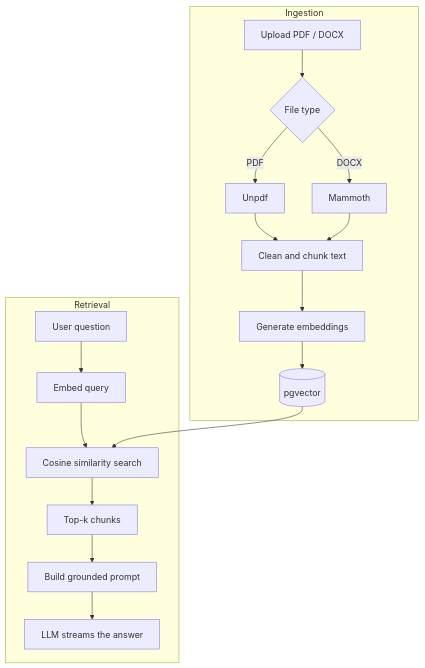
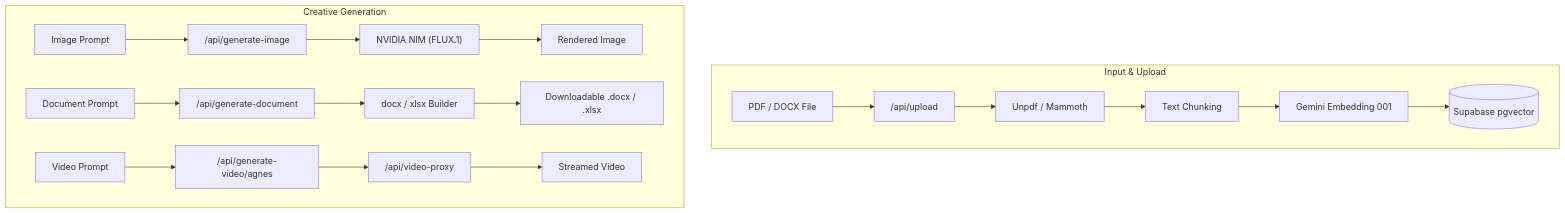
The second of 2 diagrams in README.md (Gbrnd-ux/chat-app), drawn with Mermaid before and after one commit. The commit also changed other lines of this file, not shown here.

````diff
--- a/README.md
+++ b/README.md
@@ -140,20 +152,24 @@
 ```mermaid
-flowchart TB
-  subgraph Ingestion
-    A["Upload PDF / DOCX"] --> B{"File type"}
-    B -->|"PDF"| C["Unpdf"]
-    B -->|"DOCX"| D["Mammoth"]
-    C --> E["Clean and chunk text"]
-    D --> E
-    E --> F["Generate embeddings"]
-    F --> G[("pgvector")]
+flowchart TD
+  subgraph Input & Upload
+    F["PDF / DOCX File"] --> UP["/api/upload"]
+    UP --> P1["Unpdf / Mammoth"]
+    P1 --> CH["Text Chunking"]
+    CH --> EMB["Gemini Embedding 001"]
+    EMB --> PG[("Supabase pgvector")]
   end
-  subgraph Retrieval
-    H["User question"] --> I["Embed query"]
-    I --> J["Cosine similarity search"]
-    G --> J
-    J --> K["Top-k chunks"]
-    K --> L["Build grounded prompt"]
-    L --> M["LLM streams the answer"]
+
+  subgraph Creative Generation
+    IP["Image Prompt"] --> NIM["/api/generate-image"]
+    NIM --> FLUX["NVIDIA NIM (FLUX.1)"]
+    FLUX --> IMG["Rendered Image"]
+
+    DP["Document Prompt"] --> DOC["/api/generate-document"]
+    DOC --> BLD["docx / xlsx Builder"]
+    BLD --> FILE["Downloadable .docx / .xlsx"]
+
+    VP["Video Prompt"] --> VID["/api/generate-video/agnes"]
+    VID --> VPX["/api/video-proxy"]
+    VPX --> MP4["Streamed Video"]
   end
 ```
````
